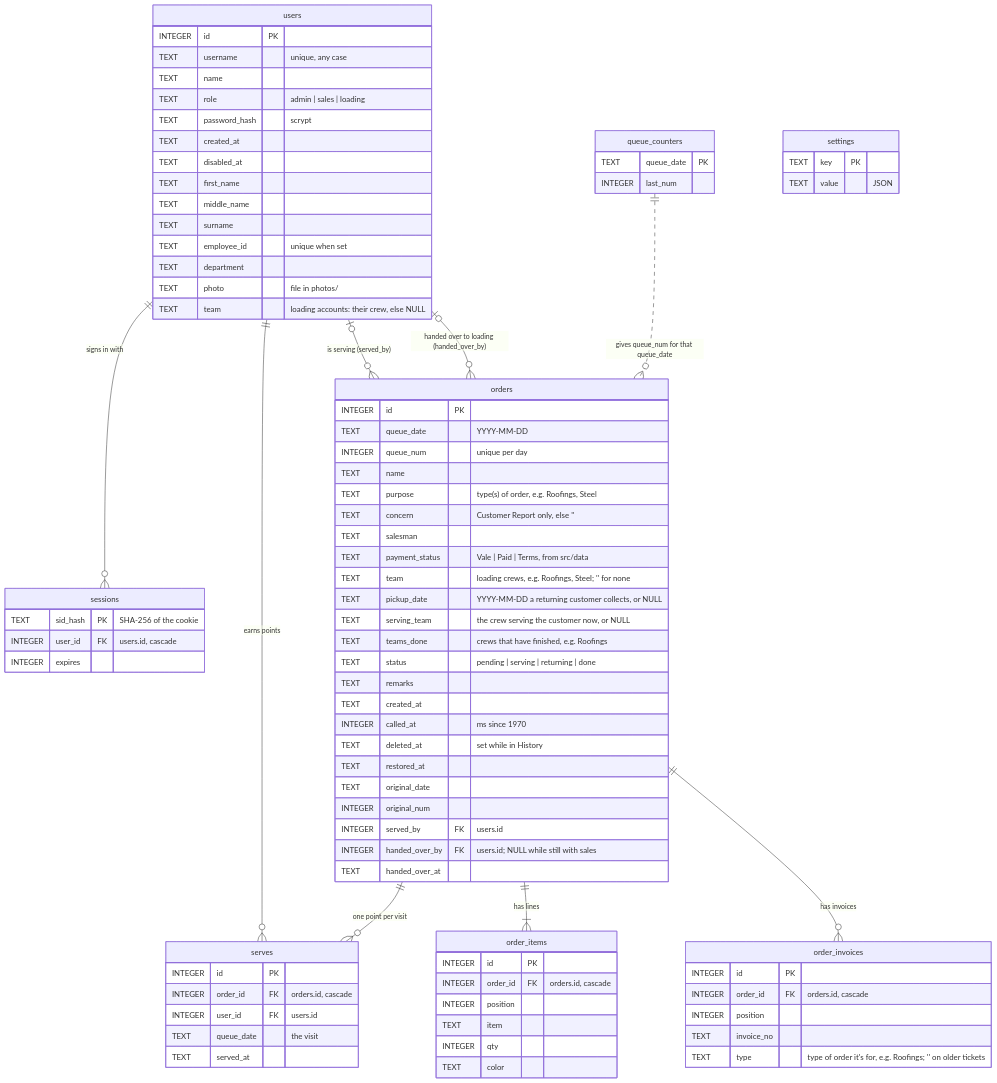
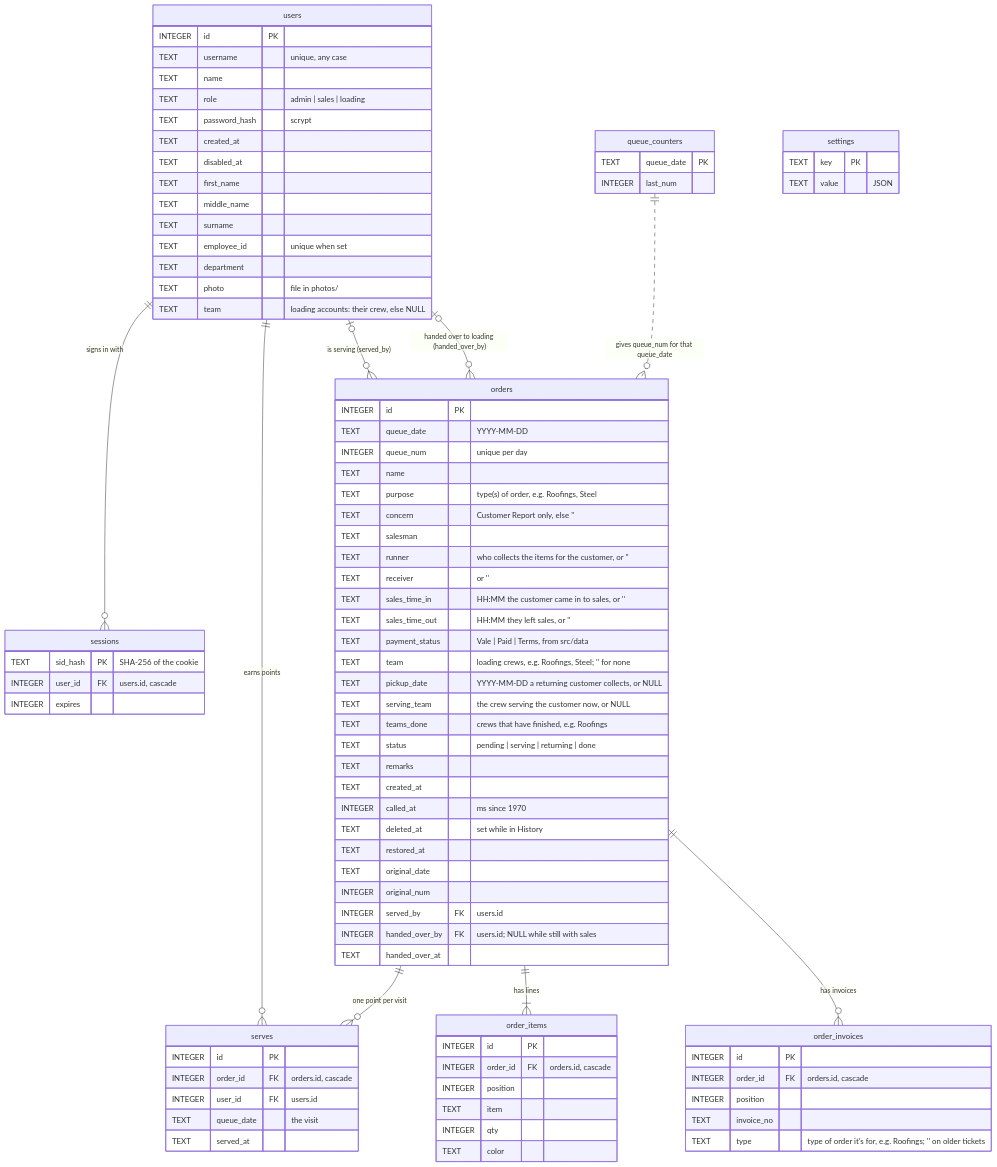
Before and after one commit to gabrielgutz18/Sheehan-QMS: the second of 2 diagrams in DATABASE.md, drawn with Mermaid. The commit also changed other lines of this file and 20 other files, not shown here.

Commit message:
Runner and receiver name fields added. and some folders for app script

```diff
--- a/DATABASE.md
+++ b/DATABASE.md
@@ -225,6 +227,10 @@
         TEXT purpose "type(s) of order, e.g. Roofings, Steel"
         TEXT concern "Customer Report only, else ''"
         TEXT salesman
+        TEXT runner "who collects the items for the customer, or ''"
+        TEXT receiver "or ''"
+        TEXT sales_time_in "HH:MM the customer came in to sales, or ''"
+        TEXT sales_time_out "HH:MM they left sales, or ''"
         TEXT payment_status "Vale | Paid | Terms, from src/data"
         TEXT team "loading crews, e.g. Roofings, Steel; '' for none"
         TEXT pickup_date "YYYY-MM-DD a returning customer collects, or NULL"
```
